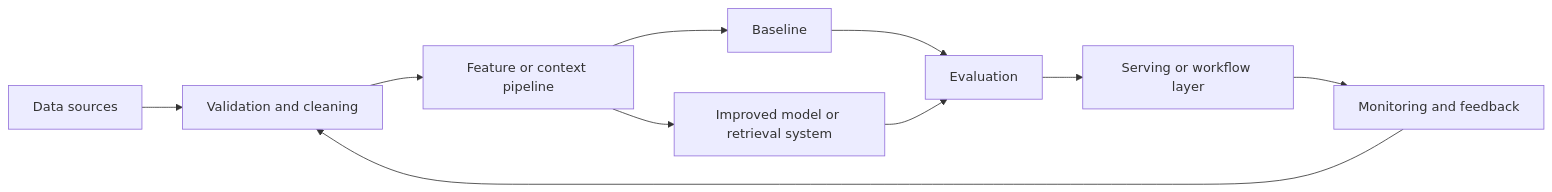
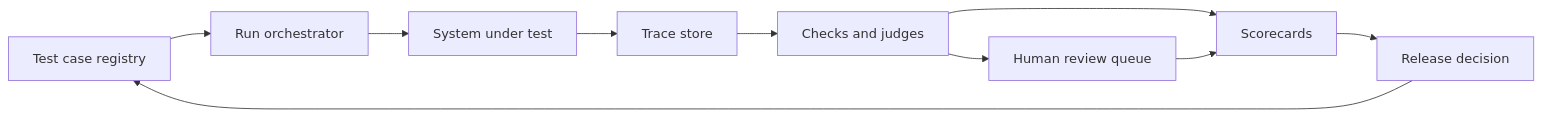
Before and after one commit to Icon1cc/Machine-Learning: the diagram in case-studies/16-llm-evaluation-platform.md, drawn with Mermaid. The commit also changed other lines of this file and 20 other files, not shown here.

````diff
--- a/case-studies/16-llm-evaluation-platform.md
+++ b/case-studies/16-llm-evaluation-platform.md
@@ -40,12 +55,12 @@
 ```mermaid
 flowchart LR
-    A[Data sources] --> B[Validation and cleaning]
-    B --> C[Feature or context pipeline]
-    C --> D[Baseline]
-    C --> E[Improved model or retrieval system]
-    D --> F[Evaluation]
-    E --> F
-    F --> G[Serving or workflow layer]
-    G --> H[Monitoring and feedback]
-    H --> B
+    A[Test case registry] --> B[Run orchestrator]
+    B --> C[System under test]
+    C --> D[Trace store]
+    D --> E[Checks and judges]
+    E --> F[Human review queue]
+    E --> G[Scorecards]
+    F --> G
+    G --> H[Release decision]
+    H --> A
 ```
````
